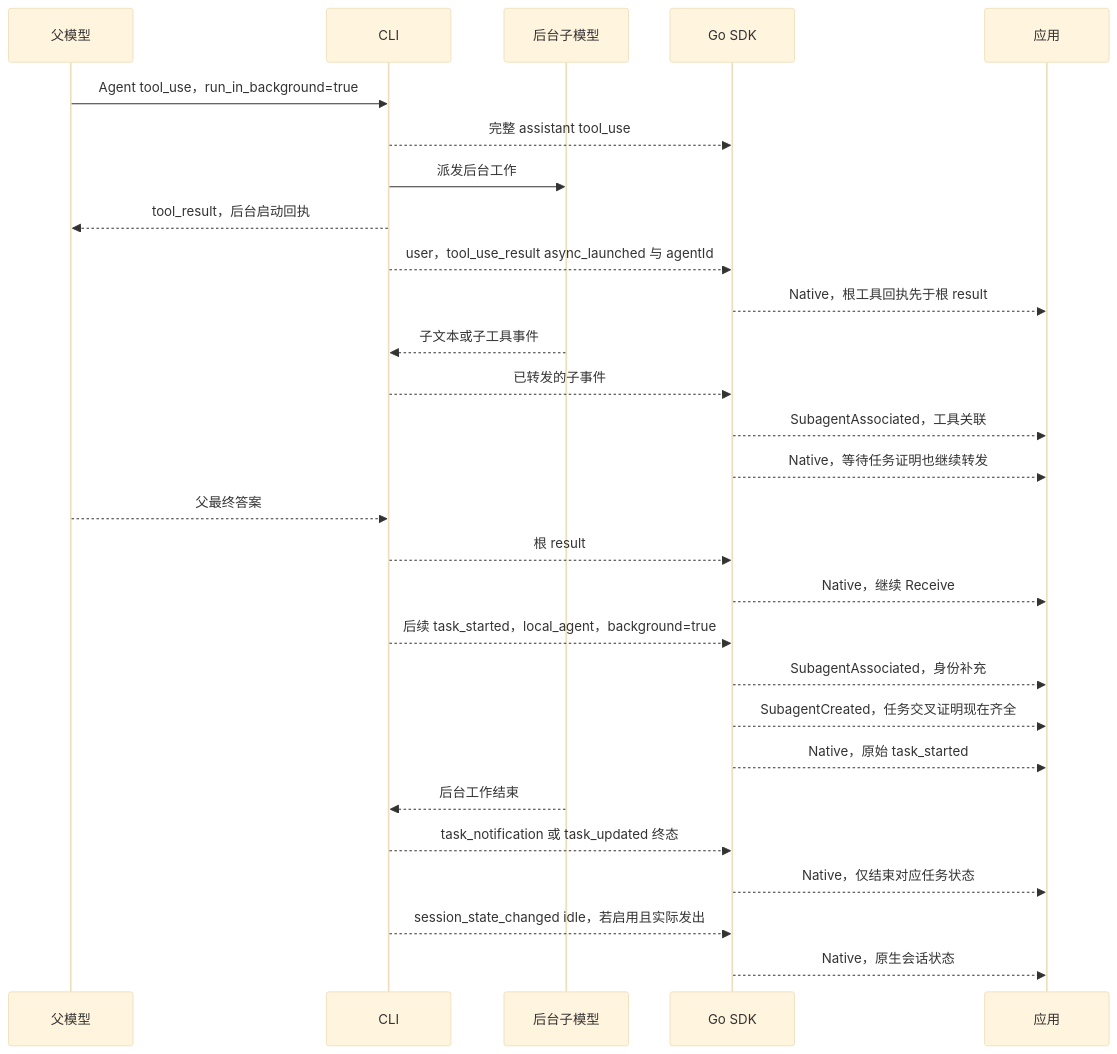
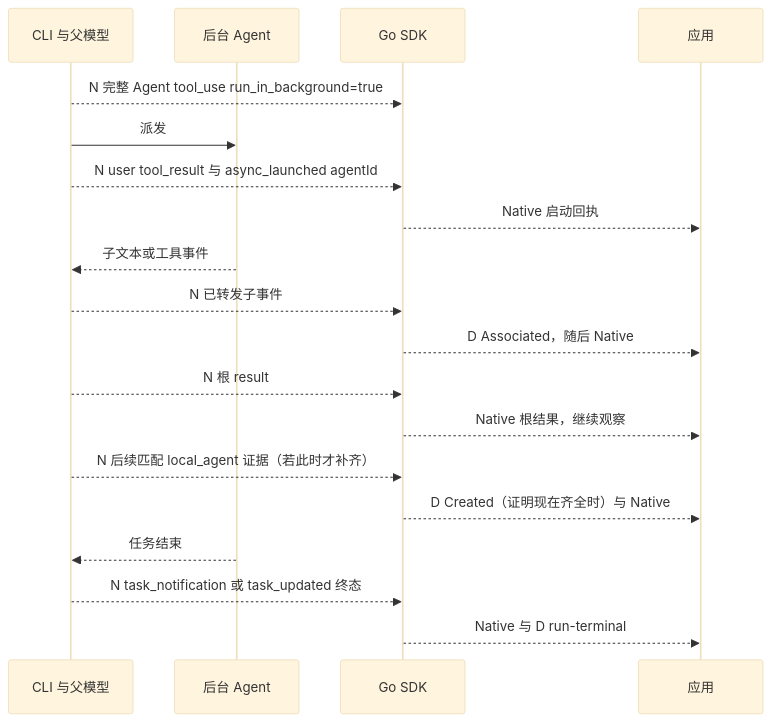
One commit to zoumo/agent-sdk-go changed the sixth of 9 diagrams in docs/event-sequences.md. Above: the diagram before and after it, drawn with Mermaid (base theme). The commit also changed other lines of this file and 32 other files, not shown here.

````diff
--- a/docs/event-sequences.md
+++ b/docs/event-sequences.md
@@ -77,30 +188,21 @@
 ```mermaid
 sequenceDiagram
-    participant P as 父模型
-    participant C as CLI
-    participant S as 后台子模型
+    participant C as CLI 与父模型
+    participant S as 后台 Agent
     participant G as Go SDK
     participant A as 应用
-    P->>C: Agent tool_use，run_in_background=true
-    C-->>G: 完整 assistant tool_use
-    C->>S: 派发后台工作
-    C-->>P: tool_result，后台启动回执
-    C-->>G: user，tool_use_result async_launched 与 agentId
-    G-->>A: Native，根工具回执先于根 result
-    S-->>C: 子文本或子工具事件
-    C-->>G: 已转发的子事件
-    G-->>A: SubagentAssociated，工具关联
-    G-->>A: Native，等待任务证明也继续转发
-    P-->>C: 父最终答案
-    C-->>G: 根 result
-    G-->>A: Native，继续 Receive
-    C-->>G: 后续 task_started，local_agent，background=true
-    G-->>A: SubagentAssociated，身份补充
-    G-->>A: SubagentCreated，任务交叉证明现在齐全
-    G-->>A: Native，原始 task_started
-    S-->>C: 后台工作结束
-    C-->>G: task_notification 或 task_updated 终态
-    G-->>A: Native，仅结束对应任务状态
-    C-->>G: session_state_changed idle，若启用且实际发出
-    G-->>A: Native，原生会话状态
+    C-->>G: N 完整 Agent tool_use run_in_background=true
+    C->>S: 派发
+    C-->>G: N user tool_result 与 async_launched agentId
+    G-->>A: Native 启动回执
+    S-->>C: 子文本或工具事件
+    C-->>G: N 已转发子事件
+    G-->>A: D Associated，随后 Native
+    C-->>G: N 根 result
+    G-->>A: Native 根结果，继续观察
+    C-->>G: N 后续匹配 local_agent 证据（若此时才补齐）
+    G-->>A: D Created（证明现在齐全时）与 Native
+    S-->>C: 任务结束
+    C-->>G: N task_notification 或 task_updated 终态
+    G-->>A: Native 与 D run-terminal
 ```
````
